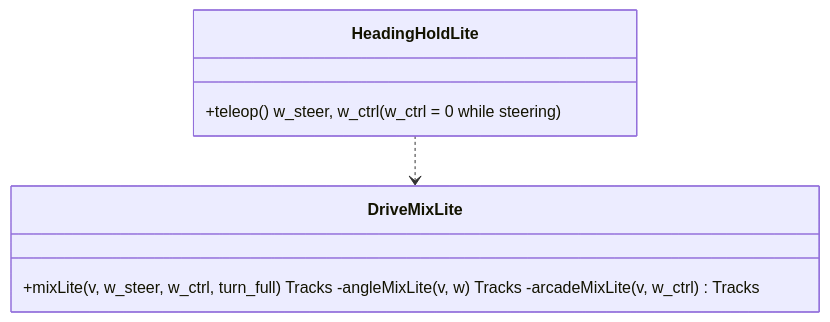
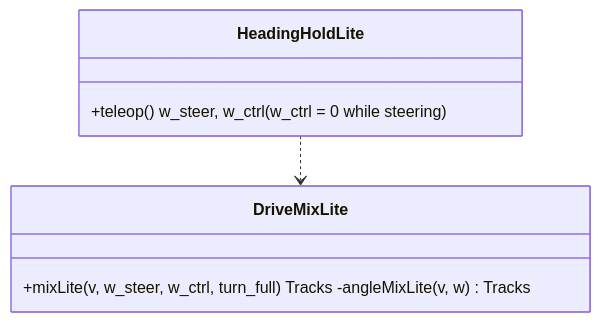
The seventh of 7 diagrams in docs/lld/uno-lite-lld.md (mannuray/conqueror), drawn with Mermaid before and after one commit. The commit also changed other lines of this file and 6 other files, not shown here.

````diff
--- a/docs/lld/uno-lite-lld.md
+++ b/docs/lld/uno-lite-lld.md
@@ -295,6 +295,6 @@
 ```mermaid
 classDiagram
-  class DriveMixLite { +mixLite(v, w_steer, w_ctrl, turn_full) Tracks -angleMixLite(v, w) Tracks -arcadeMixLite(v, w_ctrl) Tracks }
+  class DriveMixLite { +mixLite(v, w_steer, w_ctrl, turn_full) Tracks -angleMixLite(v, w) Tracks }
   class HeadingHoldLite { +teleop() w_steer, w_ctrl (w_ctrl = 0 while steering) }
   HeadingHoldLite ..> DriveMixLite
 ```
````
